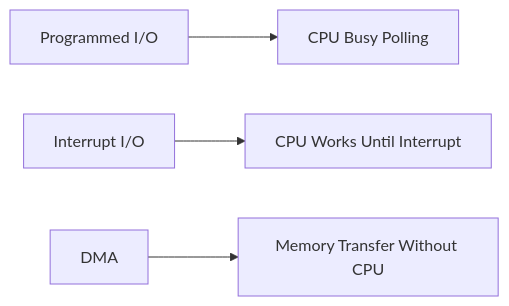
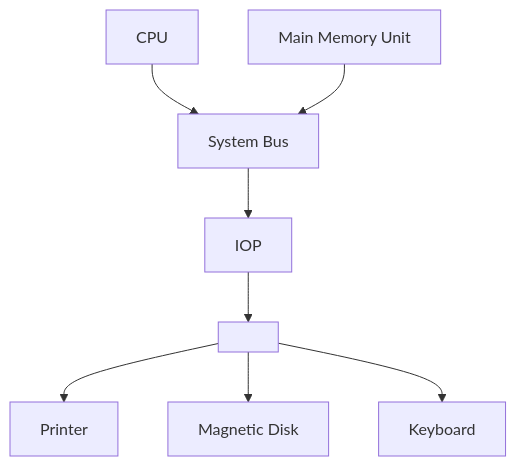
Before and after one commit to pingforhelp/BCA: the third of 12 diagrams in docs/computer-sci/computer-fundamentals/CO&NWunit-2.md, drawn with Mermaid. The commit also changed other lines of this file, not shown here.

````diff
--- a/docs/computer-sci/computer-fundamentals/CO&NWunit-2.md
+++ b/docs/computer-sci/computer-fundamentals/CO&NWunit-2.md
@@ -119,6 +163,26 @@
-```mermaid
-flowchart LR
-  P[Programmed I/O] --> CPUWait[CPU Busy Polling]
-  I[Interrupt I/O] --> CPUDone[CPU Works Until Interrupt]
-  D[DMA] --> Mem[Memory Transfer Without CPU]
+``` mermaid 
+flowchart TB
+
+    %% Top components
+    CPU[CPU]
+    MEM[Main Memory Unit]
+
+    %% System Bus (represented as a node)
+    BUS[System Bus]
+
+    CPU --> BUS
+    MEM --> BUS
+
+    %% I/O Processor
+    BUS --> IOP[IOP]
+
+    %% Lower bus
+    BUS2[ ]
+    IOP --> BUS2
+
+    %% Devices under IOP bus
+    BUS2 --> Printer[Printer]
+    BUS2 --> Disk[Magnetic Disk]
+    BUS2 --> Keyboard[Keyboard]
+
 ```
````
